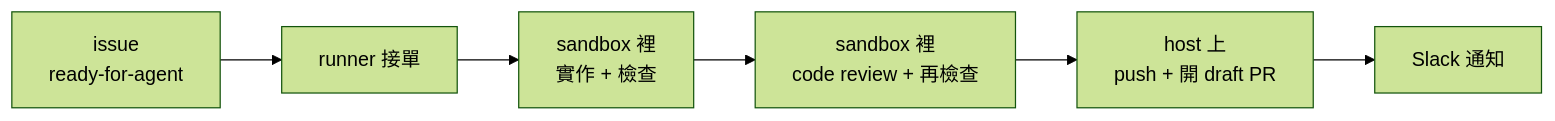
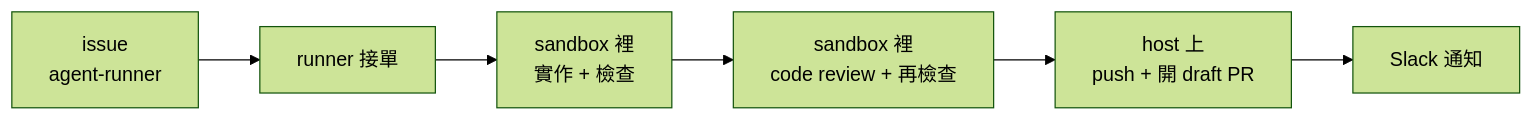
One commit to henry5720/agent-runner changed the first of 7 diagrams in README.md. Above: the diagram before and after it, drawn with Mermaid (forest theme). The commit also changed other lines of this file and 9 other files, not shown here.

First line of the commit message:
feat: runner 只接 agent-runner label

````diff
--- a/README.md
+++ b/README.md
@@ -9,8 +9,8 @@
 ```mermaid
 flowchart LR
-  A["issue<br/>ready-for-agent"] --> B["runner 接單"]
+  A["issue<br/>agent-runner"] --> B["runner 接單"]
   B --> C["sandbox 裡<br/>實作 + 檢查"]
   C --> D["sandbox 裡<br/>code review + 再檢查"]
   D --> E["host 上<br/>push + 開 draft PR"]
   E --> F["Slack 通知"]
 ```
````
